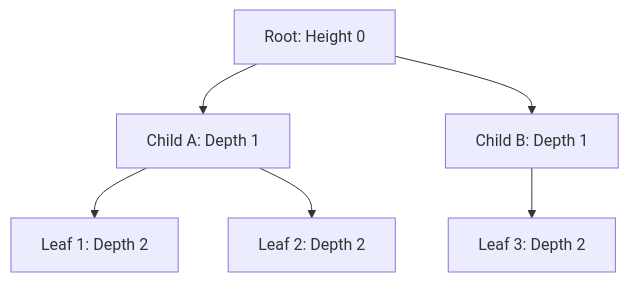
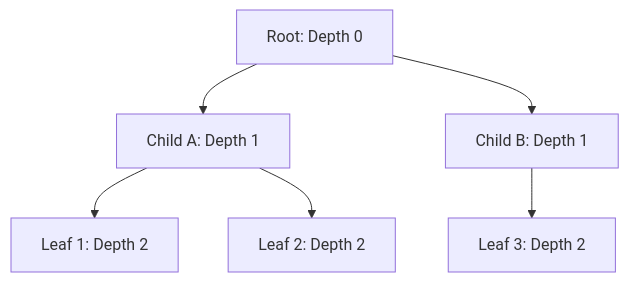
The diagram in docs/discrete-math/trees-and-boolean-algebra.md (brown2243/client-docusaurus), drawn with Mermaid before and after one commit. The commit also changed other lines of this file and 17 other files, not shown here.

````diff
--- a/docs/discrete-math/trees-and-boolean-algebra.md
+++ b/docs/discrete-math/trees-and-boolean-algebra.md
@@ -22,8 +22,8 @@
 ```mermaid
 graph TD
-    Root[Root: Height 0] --> ChildA[Child A: Depth 1]
+    Root[Root: Depth 0] --> ChildA[Child A: Depth 1]
     Root --> ChildB[Child B: Depth 1]
     ChildA --> Leaf1[Leaf 1: Depth 2]
     ChildA --> Leaf2[Leaf 2: Depth 2]
     ChildB --> Leaf3[Leaf 3: Depth 2]
 ```
````
